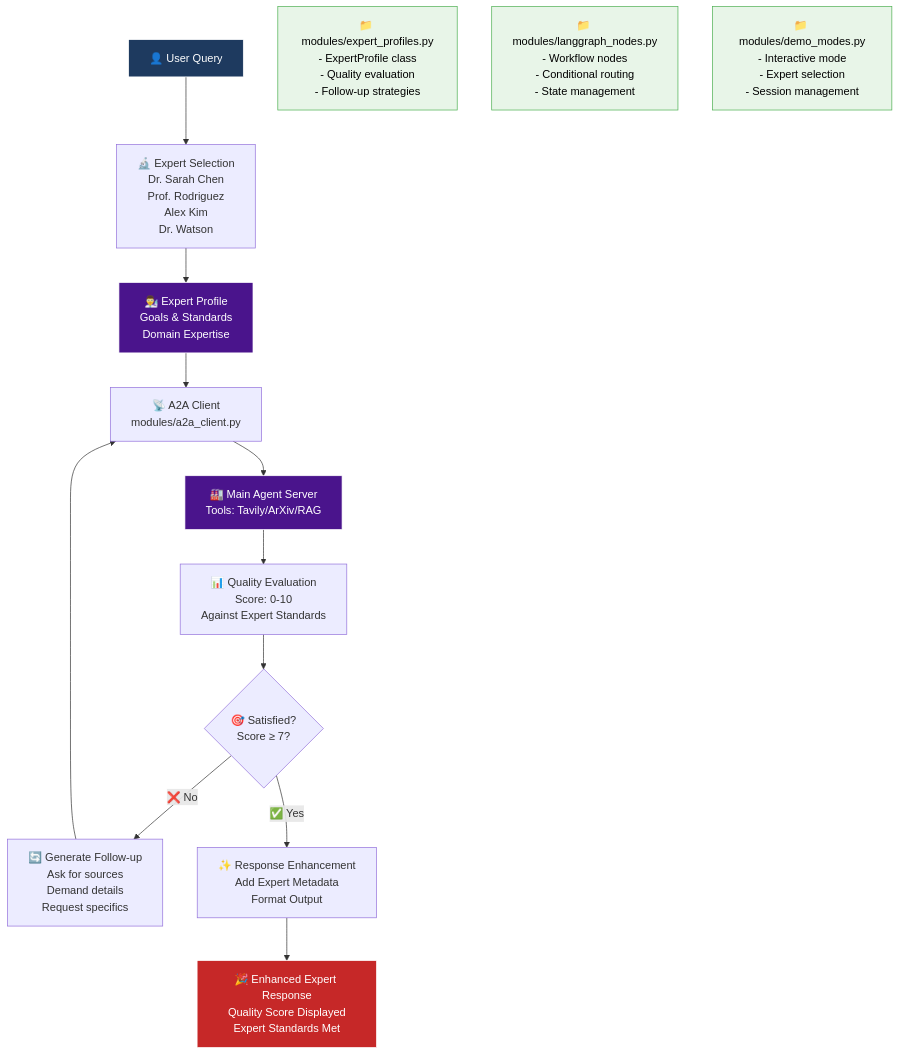
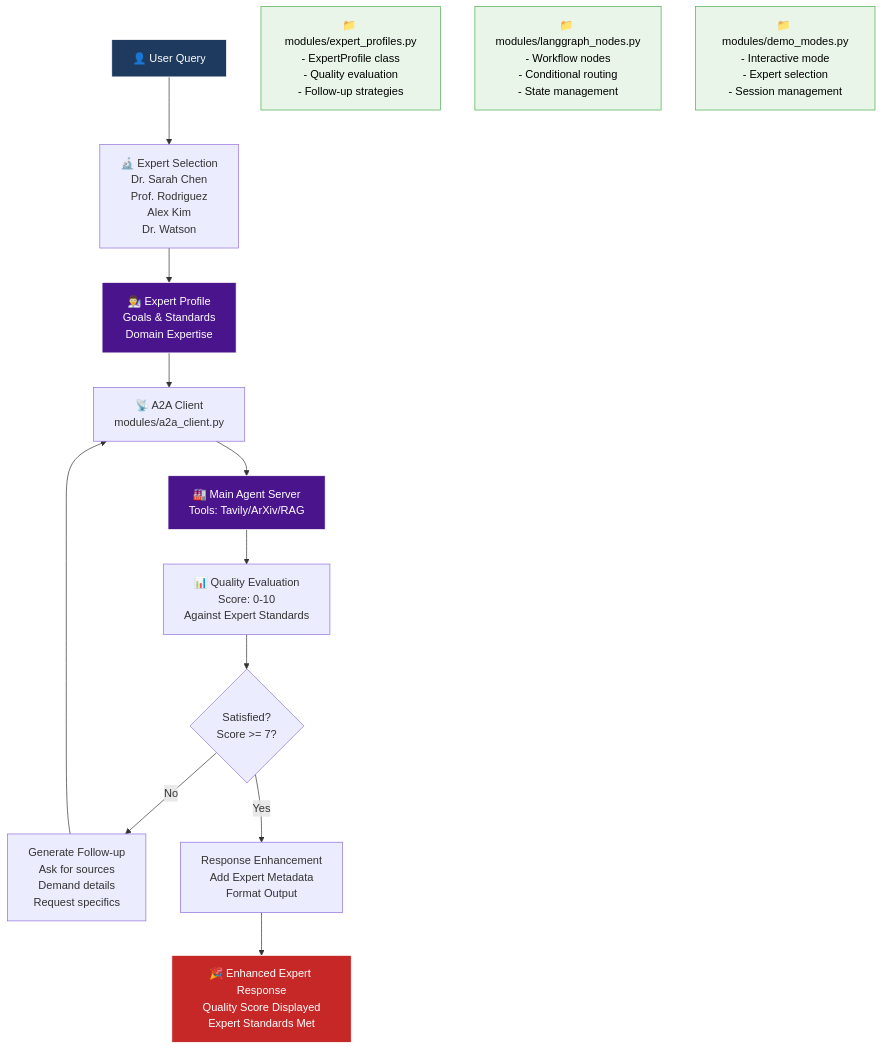
The diagram in 15_A2A_LangGraph/second_agent/README.md (ovokpus/AIE7), drawn with Mermaid before and after one commit. The commit also changed 1 other file, not shown here.

Commit message:
🔧 Fix mermaid diagram syntax for GitHub compatibility
GITHUB MERMAID FIXES:
- Removed special characters (≥, ❌, ✅) from edge labels that cause parse errors
- Replaced mathematical symbols with text equivalents
- Fixed problematic characters in decision node labels

SPECIFIC CHANGES:
- 'Score ≥ 7?' → 'Score >= 7?'
- '❌ No' → 'No'
- '✅ Yes' → 'Yes'
- 'No (< 7)' → 'No less than 7'
- 'Yes (≥ 7)' → 'Yes 7 or higher'
- Removed emojis from edge labels that GitHub mermaid parser rejects

AFFECTED FILES:
- second_agent/README.md - Expert workflow diagram
- ASSIGNMENT_ANSWERS.md - Expert selection and LangGraph workflow diagrams

All diagrams now render correctly on GitHub while maintaining readability and functionality

````diff
--- a/15_A2A_LangGraph/second_agent/README.md
+++ b/15_A2A_LangGraph/second_agent/README.md
@@ -38,26 +38,26 @@
 ```mermaid
 graph TD
     A[👤 User Query] --> B[🔬 Expert Selection<br/>Dr. Sarah Chen<br/>Prof. Rodriguez<br/>Alex Kim<br/>Dr. Watson]
     B --> C[👨‍🔬 Expert Profile<br/>Goals & Standards<br/>Domain Expertise]
     C --> D[📡 A2A Client<br/>modules/a2a_client.py]
     D --> E[🏭 Main Agent Server<br/>Tools: Tavily/ArXiv/RAG]
     E --> F[📊 Quality Evaluation<br/>Score: 0-10<br/>Against Expert Standards]
-    F --> G{🎯 Satisfied?<br/>Score ≥ 7?}
-    G -->|❌ No| H[🔄 Generate Follow-up<br/>Ask for sources<br/>Demand details<br/>Request specifics]
+    F --> G{Satisfied?<br/>Score >= 7?}
+    G -->|No| H[Generate Follow-up<br/>Ask for sources<br/>Demand details<br/>Request specifics]
     H --> D
-    G -->|✅ Yes| I[✨ Response Enhancement<br/>Add Expert Metadata<br/>Format Output]
+    G -->|Yes| I[Response Enhancement<br/>Add Expert Metadata<br/>Format Output]
     I --> J[🎉 Enhanced Expert Response<br/>Quality Score Displayed<br/>Expert Standards Met]
     
     %% Module annotations
     K[📁 modules/expert_profiles.py<br/>- ExpertProfile class<br/>- Quality evaluation<br/>- Follow-up strategies]
     L[📁 modules/langgraph_nodes.py<br/>- Workflow nodes<br/>- Conditional routing<br/>- State management]
     M[📁 modules/demo_modes.py<br/>- Interactive mode<br/>- Expert selection<br/>- Session management]
     
     style A fill:#1e3a5f,stroke:#ffffff,color:#ffffff
     style C fill:#4a148c,stroke:#ffffff,color:#ffffff
     style E fill:#4a148c,stroke:#ffffff,color:#ffffff
     style J fill:#c62828,stroke:#ffffff,color:#ffffff
     style K fill:#e8f5e8,stroke:#4caf50,color:#000000
     style L fill:#e8f5e8,stroke:#4caf50,color:#000000
     style M fill:#e8f5e8,stroke:#4caf50,color:#000000
 ```
````
